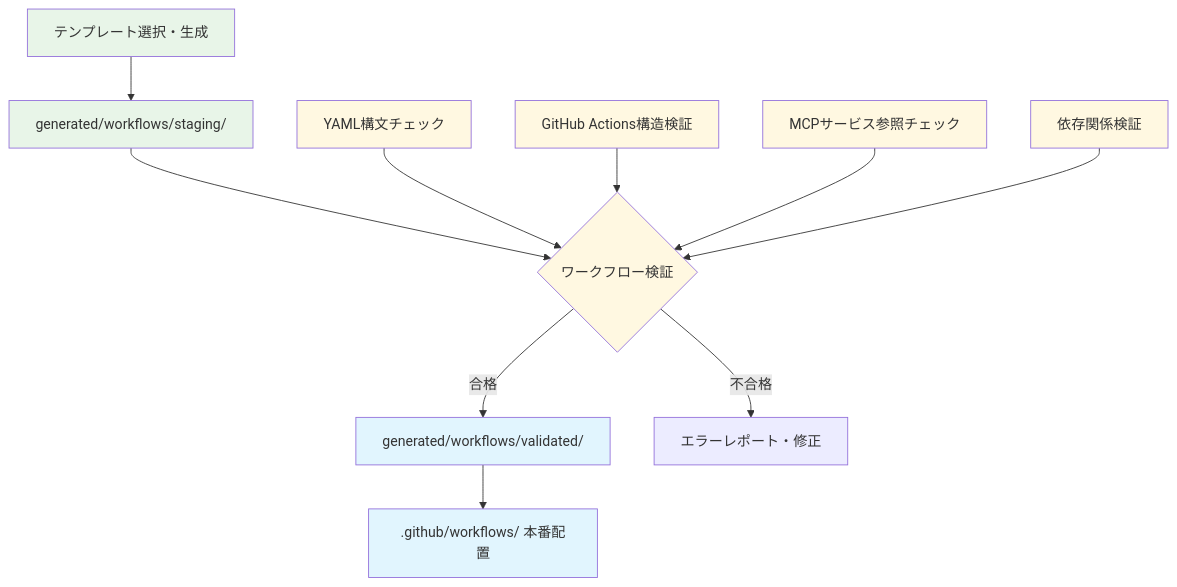
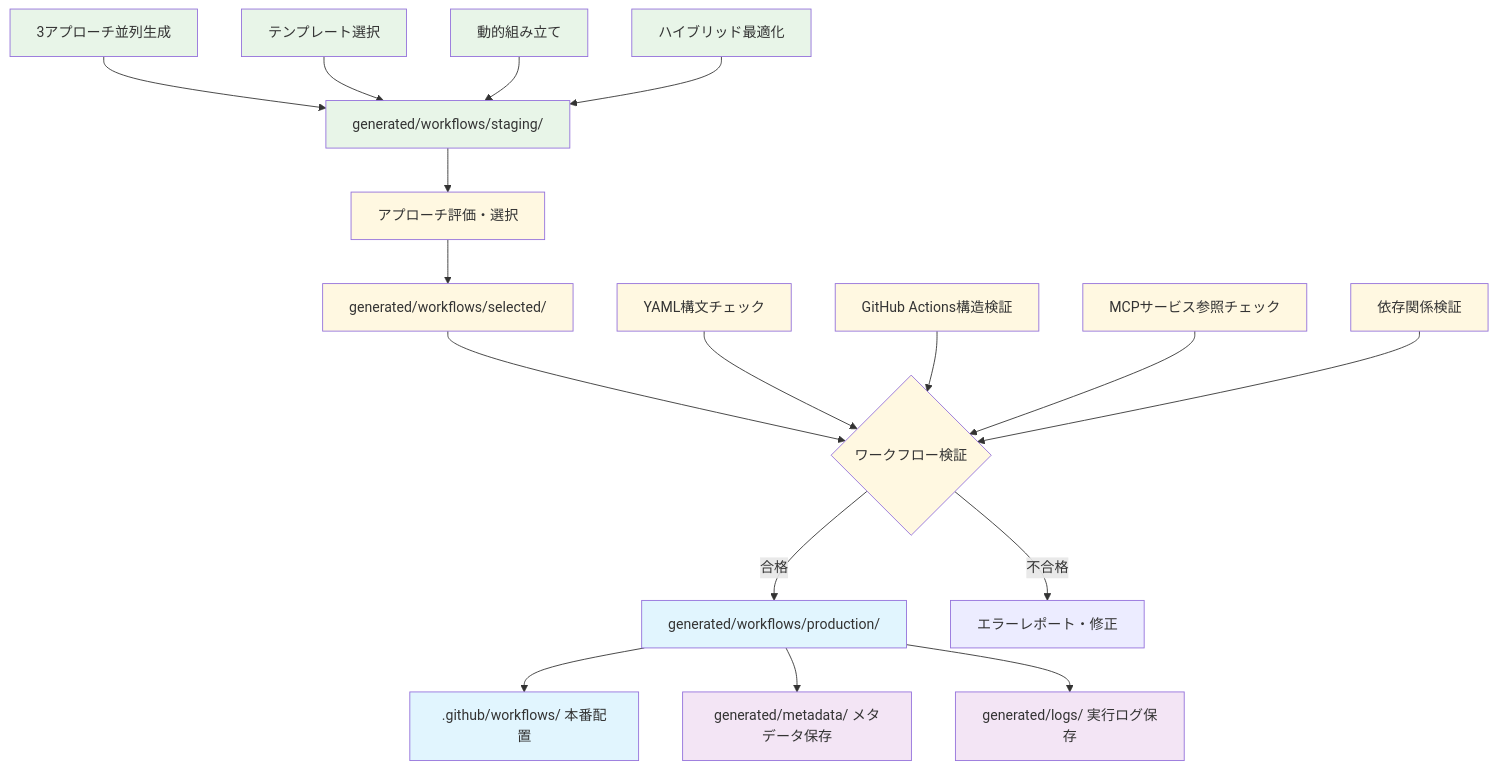
The diagram in README.md (rossy8417/kamuicode_meta), drawn with Mermaid before and after one commit. The commit also changed other lines of this file and 2 other files, not shown here.

````diff
--- a/README.md
+++ b/README.md
@@ -97,23 +106,33 @@
 ```mermaid
 graph TD
-    A[テンプレート選択・生成] --> B[generated/workflows/staging/]
-    B --> C{ワークフロー検証}
-    C -->|合格| D[generated/workflows/validated/]
-    C -->|不合格| E[エラーレポート・修正]
-    D --> F[.github/workflows/ 本番配置]
+    A[3アプローチ並列生成] --> B[generated/workflows/staging/]
+    B --> C[アプローチ評価・選択] --> D[generated/workflows/selected/]
+    D --> E{ワークフロー検証}
+    E -->|合格| F[generated/workflows/production/]
+    E -->|不合格| G[エラーレポート・修正]
+    F --> H[.github/workflows/ 本番配置]
+    F --> I[generated/metadata/ メタデータ保存]
+    F --> J[generated/logs/ 実行ログ保存]
+    
+    %% 3アプローチ詳細
+    A1[テンプレート選択] --> B
+    A2[動的組み立て] --> B
+    A3[ハイブリッド最適化] --> B
     
     %% 検証内容
-    C1[YAML構文チェック] --> C
-    C2[GitHub Actions構造検証] --> C  
-    C3[MCPサービス参照チェック] --> C
-    C4[依存関係検証] --> C
+    E1[YAML構文チェック] --> E
+    E2[GitHub Actions構造検証] --> E  
+    E3[MCPサービス参照チェック] --> E
+    E4[依存関係検証] --> E
     
     %% スタイリング
     classDef stageNode fill:#e8f5e8
     classDef validateNode fill:#fff8e1
     classDef prodNode fill:#e1f5fe
+    classDef persistNode fill:#f3e5f5
     
-    class A,B stageNode
-    class C,C1,C2,C3,C4 validateNode
-    class D,F prodNode
+    class A,A1,A2,A3,B stageNode
+    class C,D,E,E1,E2,E3,E4 validateNode
+    class F,H prodNode
+    class I,J persistNode
 ```
````
